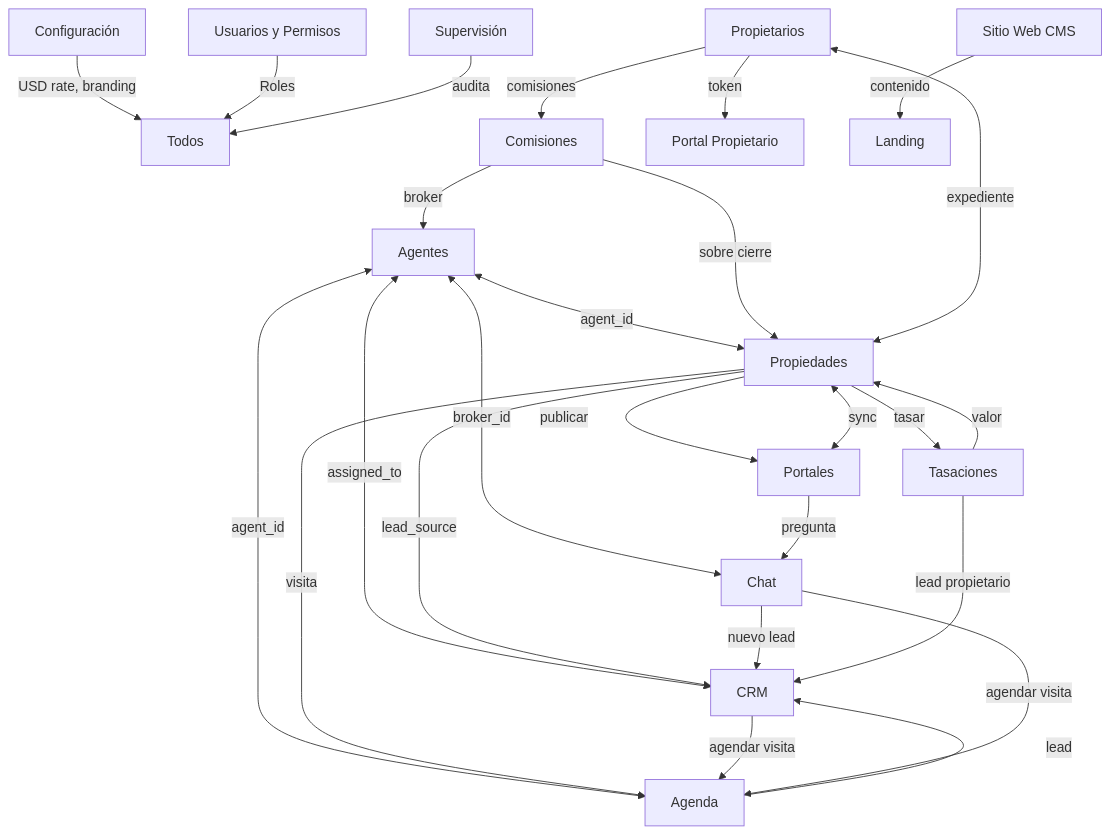
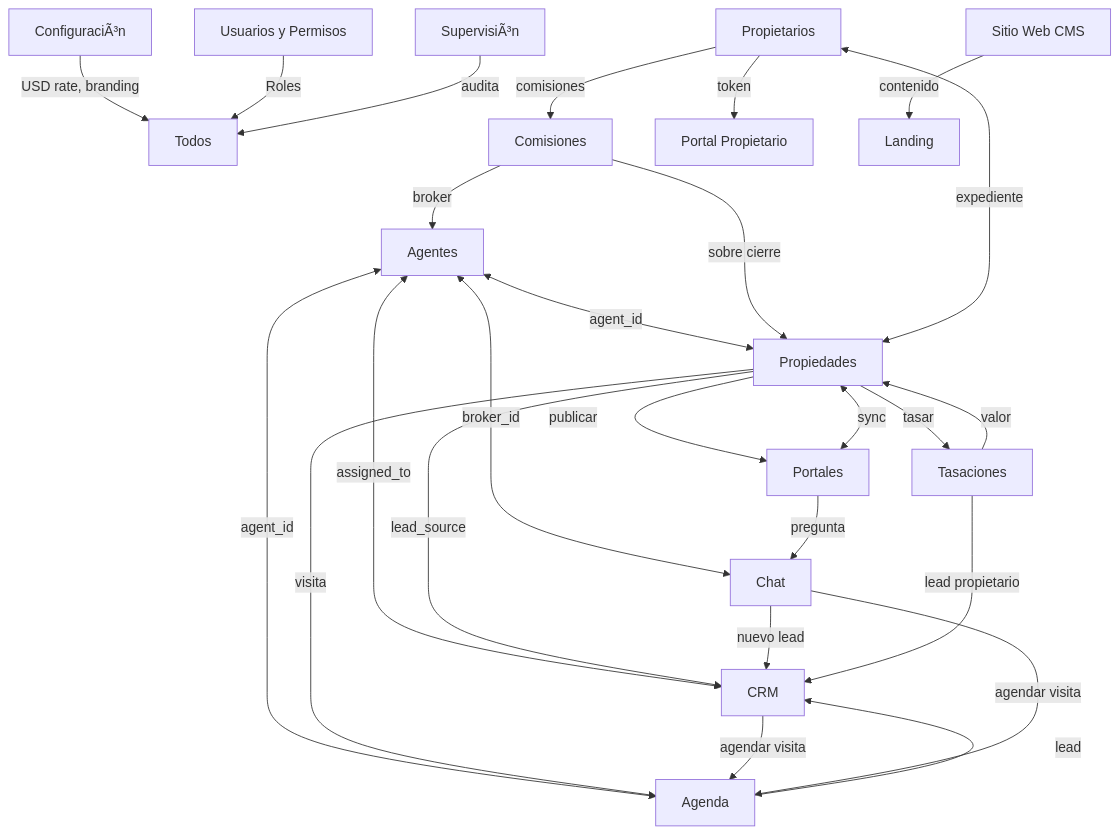
The second of 4 diagrams in README.md (facuherrera23/BH-OFICIAL), drawn with Mermaid before and after one commit. The commit also changed other lines of this file, not shown here.

````diff
--- a/README.md
+++ b/README.md
@@ -202,31 +202,31 @@
 ```mermaid
 graph TD
-    Config[Configuración] -->|USD rate, branding| Todos
+    Config[ConfiguraciÃ³n] -->|USD rate, branding| Todos
     Usuarios[Usuarios y Permisos] -->|Roles| Todos
     Agentes <-->|agent_id| Propiedades
     Agentes <-->|assigned_to| CRM
     Agentes <-->|agent_id| Agenda
     Agentes <-->|broker_id| Chat
 
     Propiedades -->|lead_source| CRM
     Propiedades -->|visita| Agenda
     Propiedades -->|publicar| Portales
     Propiedades -->|tasar| Tasaciones
 
     CRM -->|agendar visita| Agenda
     Agenda -->|lead| CRM
     Portales <-->|sync| Propiedades
     Portales -->|pregunta| Chat
     Chat -->|nuevo lead| CRM
     Chat -->|agendar visita| Agenda
 
     Tasaciones -->|valor| Propiedades
     Tasaciones -->|lead propietario| CRM
     Comisiones -->|sobre cierre| Propiedades
     Comisiones -->|broker| Agentes
     Propietarios <-->|expediente| Propiedades
     Propietarios -->|token| PortalPropietario[Portal Propietario]
     Propietarios -->|comisiones| Comisiones
     CMS[Sitio Web CMS] -->|contenido| Landing
-    Supervision[Supervisión] -->|audita| Todos
+    Supervision[SupervisiÃ³n] -->|audita| Todos
 ```
````
